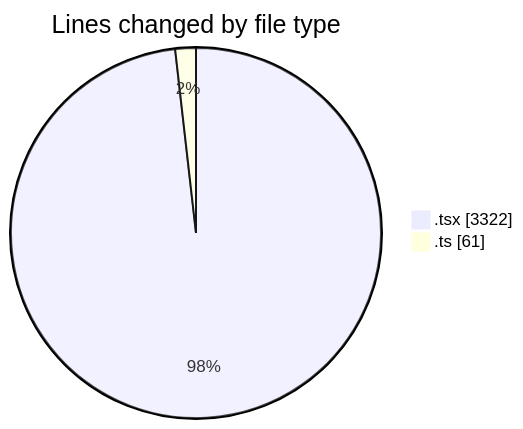
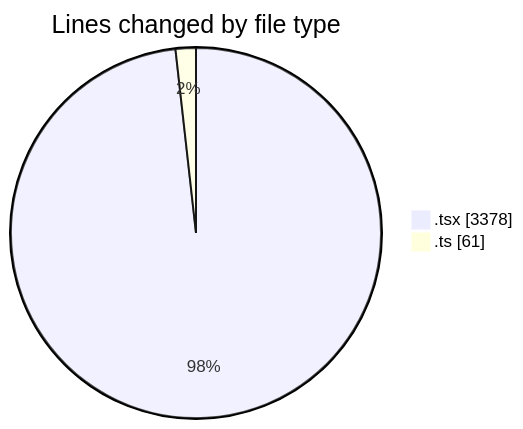
Before and after one commit to julien-gomy/code-tracking: the first of 2 diagrams in 2025-11-18/eventscop-frontend-guide__workspace_/README.md, drawn with Mermaid. The commit also changed other lines of this file and 1 other file, not shown here.

````diff
--- a/2025-11-18/eventscop-frontend-guide__workspace_/README.md
+++ b/2025-11-18/eventscop-frontend-guide__workspace_/README.md
@@ -43,6 +43,6 @@
 ```mermaid
 pie showData
 title Lines changed by file type
-".tsx" : 3322
+".tsx" : 3378
 ".ts" : 61
 ```
````
